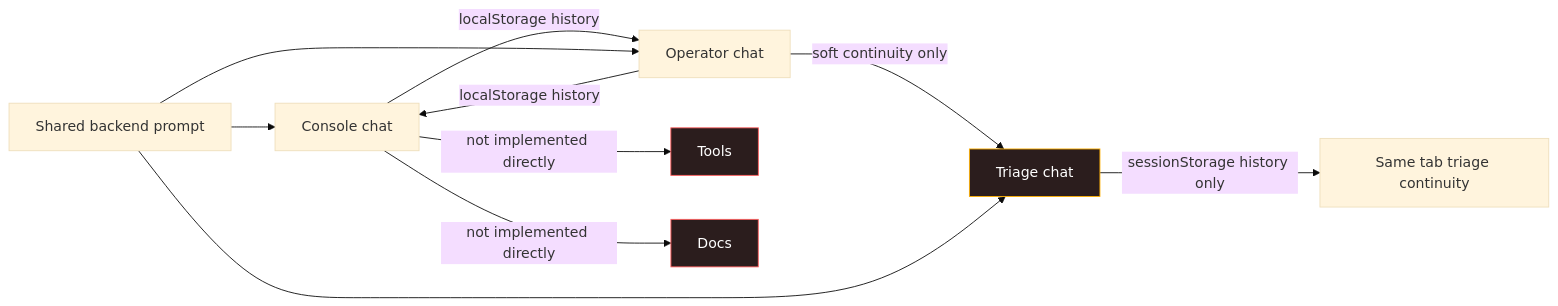
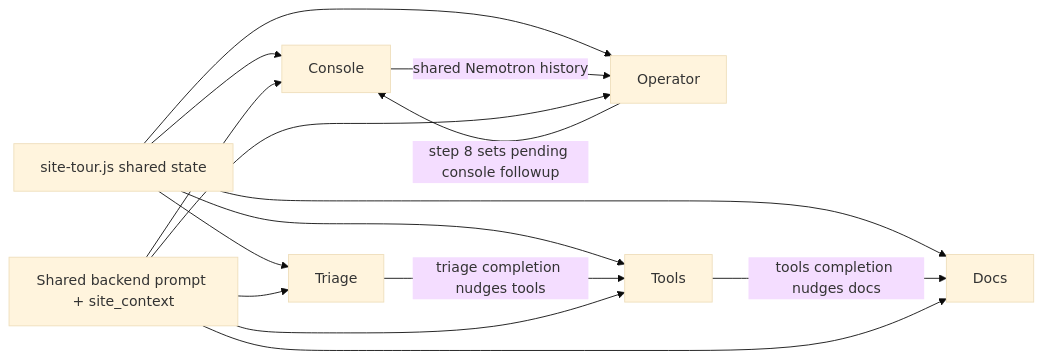
Before and after one commit to KeyArgo/custodian-kernel: the second of 3 diagrams in docs/SITE-FLOWCHART.md, drawn with Mermaid (base theme). The commit also changed other lines of this file and 9 other files, not shown here.

First line of the commit message:
feat(frontend): rename /hermes→/console, add cross-page Nemotron tour guide

````diff
--- a/docs/SITE-FLOWCHART.md
+++ b/docs/SITE-FLOWCHART.md
@@ -57,17 +43,18 @@
 ```mermaid
 flowchart LR
-    H[Console chat] -->|localStorage history| O[Operator chat]
-    H -->|not implemented directly| T[Tools]
-    H -->|not implemented directly| D[Docs]
-    O -->|localStorage history| H
-    O -->|soft continuity only| R[Triage chat]
-    R -->|sessionStorage history only| R2[Same tab triage continuity]
+    S[site-tour.js shared state] --> H[Console]
+    S --> O[Operator]
+    S --> R[Triage]
+    S --> T[Tools]
+    S --> D[Docs]
+    H -->|shared Nemotron history| O
+    O -->|step 8 sets pending console followup| H
+    R -->|triage completion nudges tools| T
+    T -->|tools completion nudges docs| D
 
-    X[Shared backend prompt] --> H
+    X[Shared backend prompt + site_context] --> H
     X --> O
     X --> R
-
-    style T fill:#2b1d1d,stroke:#ff5c5c,color:#fff
-    style D fill:#2b1d1d,stroke:#ff5c5c,color:#fff
-    style R fill:#2b1d1d,stroke:#ffb000,color:#fff
+    X --> T
+    X --> D
 ```
````
